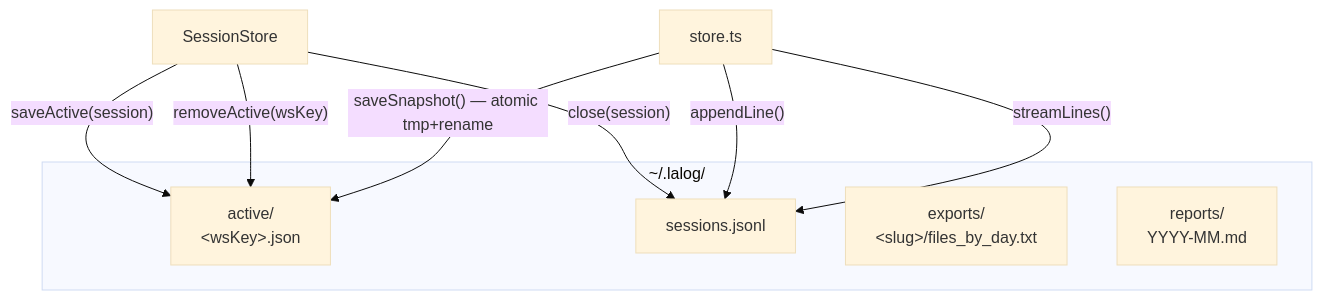
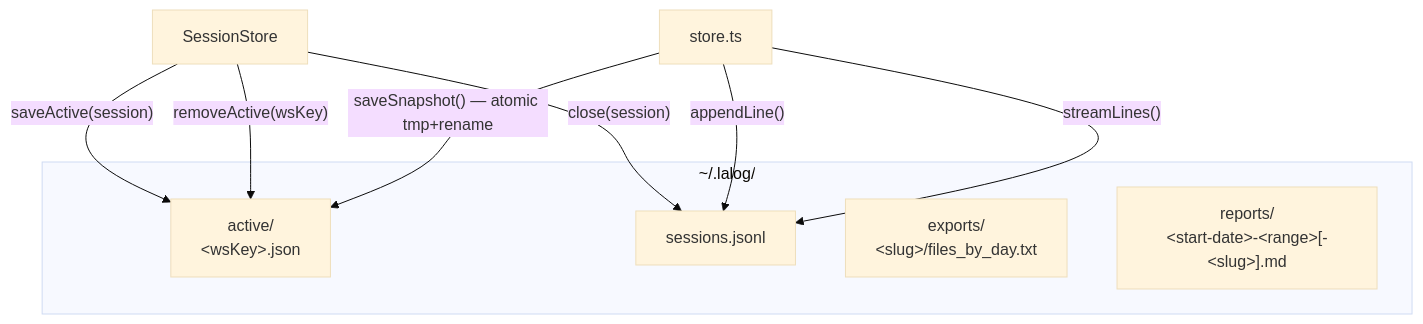
The sixth of 7 diagrams in docs/architecture.md (lawaty/lalog), drawn with Mermaid (base theme) before and after one commit. The commit also changed other lines of this file and 45 other files, not shown here.

````diff
--- a/docs/architecture.md
+++ b/docs/architecture.md
@@ -379,19 +383,19 @@
 ```mermaid
 flowchart TB
     subgraph datadir["~/.lalog/"]
         ACTIVE["active/<br/>&lt;wsKey&gt;.json"]
         JSONL["sessions.jsonl"]
         EXPORTS["exports/<br/>&lt;slug&gt;/files_by_day.txt"]
-        REPORTS["reports/<br/>YYYY-MM.md"]
+        REPORTS["reports/<br/>&lt;start-date&gt;-&lt;range&gt;[-&lt;slug&gt;].md"]
     end
 
     SS["SessionStore"]
     ST["store.ts"]
 
     SS -->|"saveActive(session)"| ACTIVE
     SS -->|"close(session)"| JSONL
     SS -->|"removeActive(wsKey)"| ACTIVE
     ST -->|"appendLine()"| JSONL
     ST -->|"saveSnapshot() — atomic tmp+rename"| ACTIVE
     ST -->|"streamLines()"| JSONL
 ```
````
